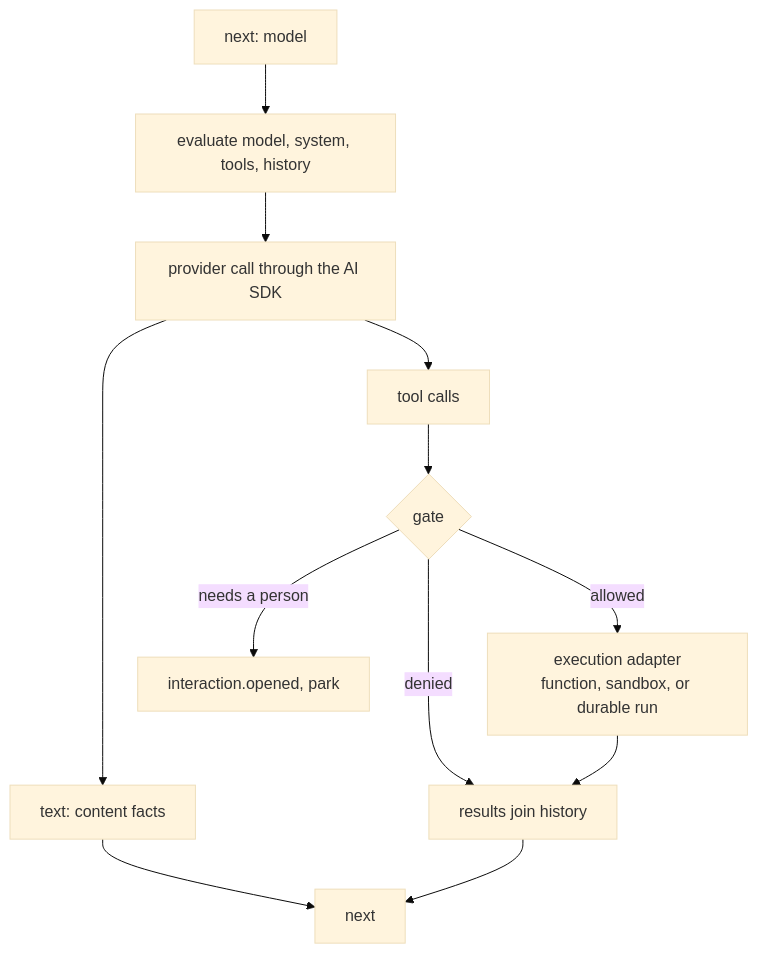
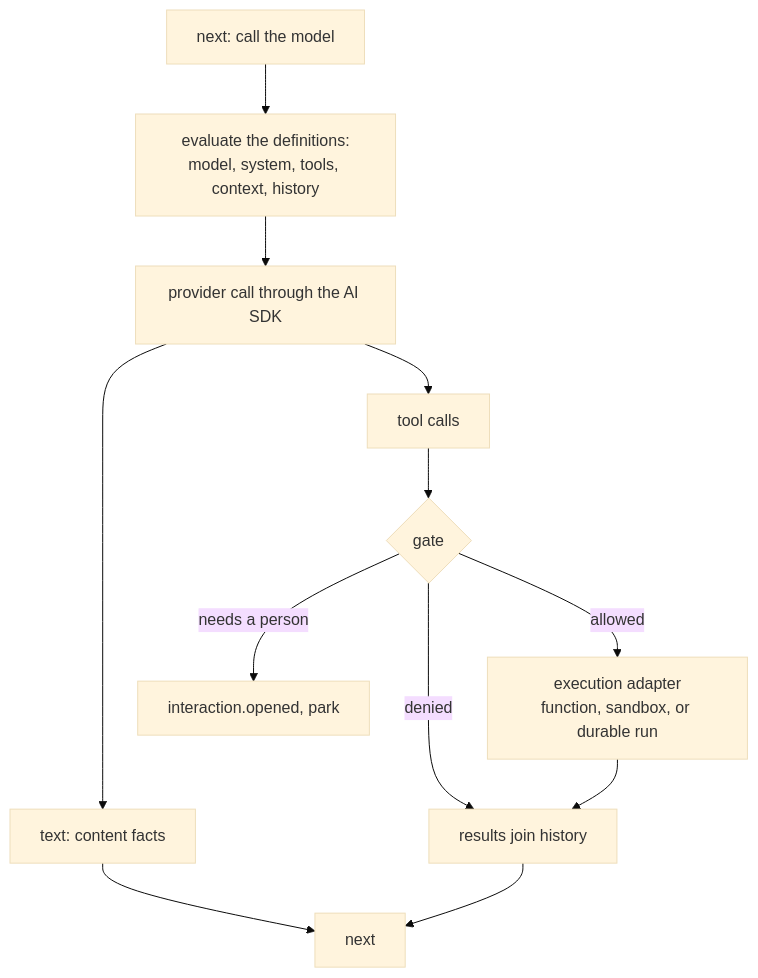
One commit to vercel/eve changed the third of 6 diagrams in research/session-kernel.md. Above: the diagram before and after it, drawn with Mermaid (base theme). The commit also changed other lines of this file, not shown here.

Commit message:
docs(research): describe eve as a kernel, definitions, and hosts

````diff
--- a/research/session-kernel.md
+++ b/research/session-kernel.md
@@ -72,14 +71,14 @@
 ```mermaid
 flowchart TD
-  Model["next: model"] --> Evaluate["evaluate model, system, tools, history"]
+  Model["next: call the model"] --> Evaluate["evaluate the definitions:<br/>model, system, tools, context, history"]
   Evaluate --> Provider["provider call through the AI SDK"]
   Provider --> Text["text: content facts"]
   Provider --> Calls["tool calls"]
   Calls --> Gate{"gate"}
   Gate -- allowed --> Adapter["execution adapter<br/>function, sandbox, or durable run"]
   Gate -- needs a person --> Park["interaction.opened, park"]
   Gate -- denied --> History["results join history"]
   Adapter --> History
   Text --> Next["next"]
   History --> Next
 ```
````
